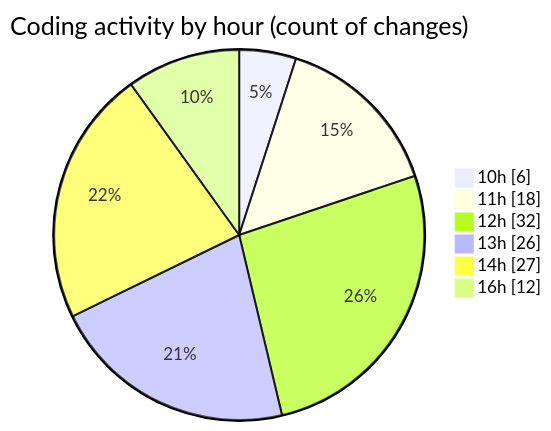
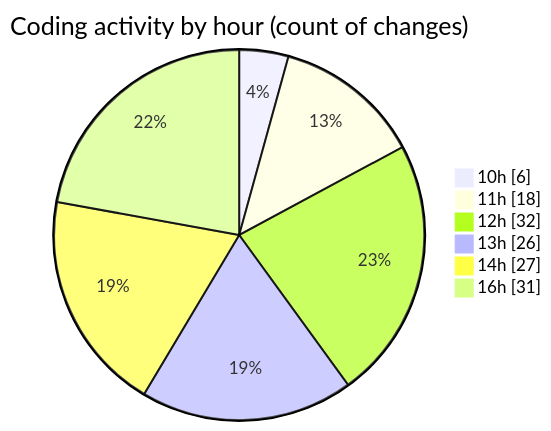
The second of 2 diagrams in 2026-09-03/cda/README.md (momahboobian/code-tracking), drawn with Mermaid before and after one commit. The commit also changed other lines of this file and 1 other file, not shown here.

````diff
--- a/2026-09-03/cda/README.md
+++ b/2026-09-03/cda/README.md
@@ -88,10 +98,10 @@
 ```mermaid
 pie showData
 title Coding activity by hour (count of changes)
 "10h" : 6
 "11h" : 18
 "12h" : 32
 "13h" : 26
 "14h" : 27
-"16h" : 12
+"16h" : 31
 ```
````
